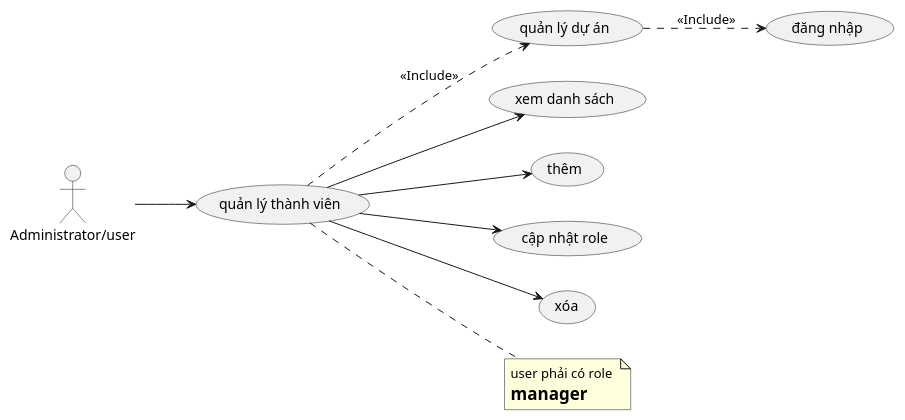
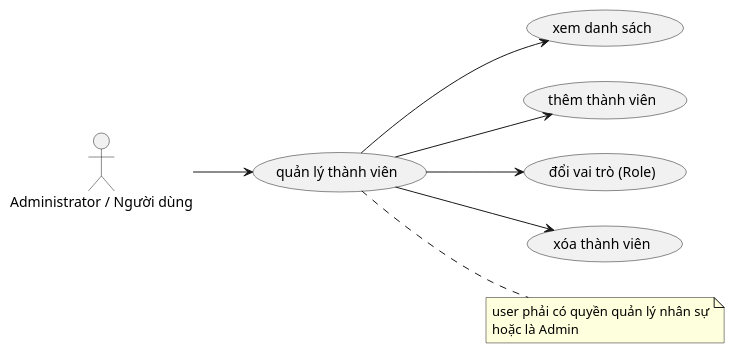
Before and after one commit to docuong039/worksphere: the diagram in docs/use-cases/10_quan_ly_thanh_vien.md, drawn with PlantUML. The commit also changed other lines of this file and 26 other files, not shown here.

Commit message:
update diagram

````diff
--- a/docs/use-cases/10_quan_ly_thanh_vien.md
+++ b/docs/use-cases/10_quan_ly_thanh_vien.md
@@ -5,33 +5,26 @@
 ```plantuml
 @startuml
 left to right direction
-actor "Administrator/user" as User
-
-usecase "đăng nhập" as UC_Login
-usecase "quản lý dự án" as UC_ManageProject
+actor "Administrator / Người dùng" as User
 
 usecase "quản lý thành viên" as UC_ManageMember
 
 ' Các use case con
 usecase "xem danh sách" as UC01
-usecase "thêm" as UC02
-usecase "cập nhật role" as UC03
-usecase "xóa" as UC04
+usecase "thêm thành viên" as UC02
+usecase "đổi vai trò (Role)" as UC03
+usecase "xóa thành viên" as UC04
 
 ' Note
-note "user phải có role \n= manager" as N1
+note "user phải có quyền quản lý nhân sự\nhoặc là Admin" as N1
 
 User --> UC_ManageMember
 UC_ManageMember .. N1
 
 UC_ManageMember --> UC01
 UC_ManageMember --> UC02
 UC_ManageMember --> UC03
 UC_ManageMember --> UC04
 
-' Quan hệ include
-UC_ManageMember ..> UC_ManageProject : <<Include>>
-UC_ManageProject ..> UC_Login : <<Include>>
-
 @enduml
 ```
````
